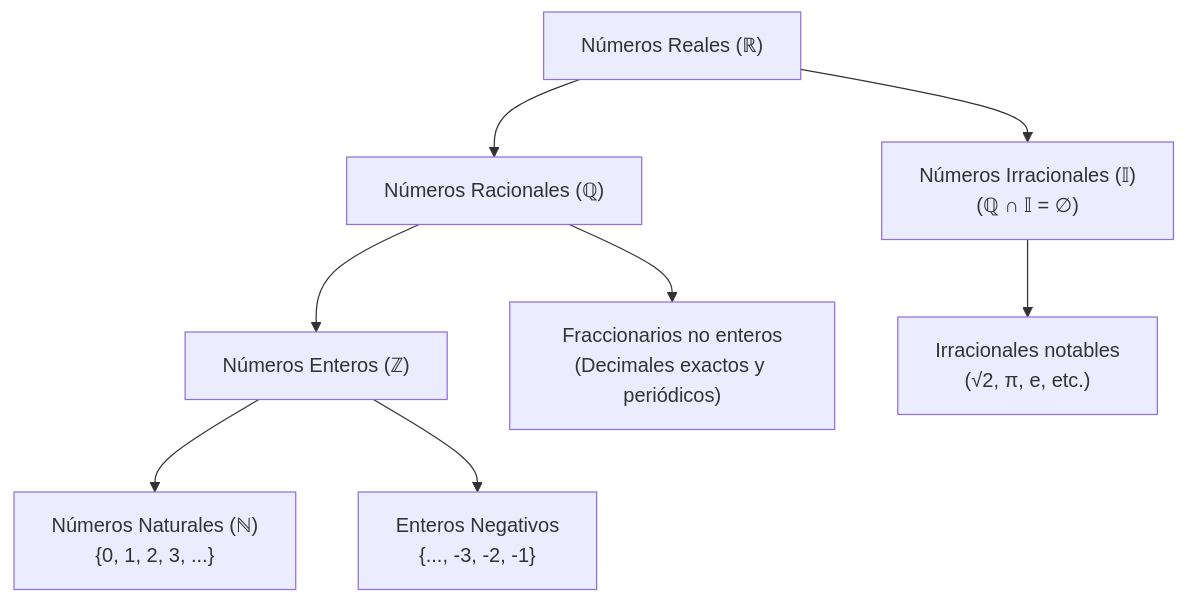
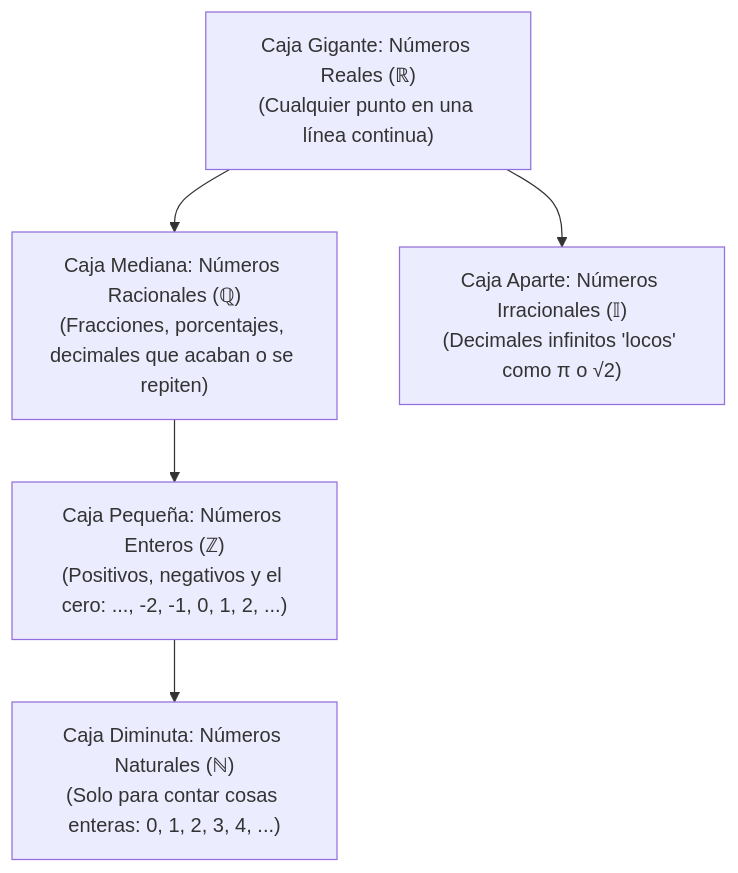
The diagram in Matemáticas para la Empresa I/Apuntes/Tema_00_Conjuntos_Numericos.md (iPiiix/ADE), drawn with Mermaid before and after one commit. The commit also changed other lines of this file, not shown here.

````diff
--- a/Matemáticas para la Empresa I/Apuntes/Tema_00_Conjuntos_Numericos.md
+++ b/Matemáticas para la Empresa I/Apuntes/Tema_00_Conjuntos_Numericos.md
@@ -20,10 +36,8 @@
 ```mermaid
 graph TD
-    R["Números Reales (ℝ)"] --> Q["Números Racionales (ℚ)"]
-    R --> I["Números Irracionales (𝕀)<br/>(ℚ ∩ 𝕀 = ∅)"]
-    Q --> Z["Números Enteros (ℤ)"]
-    Q --> Frac["Fraccionarios no enteros<br/>(Decimales exactos y periódicos)"]
-    Z --> N["Números Naturales (ℕ)<br/>{0, 1, 2, 3, ...}"]
-    Z --> Neg["Enteros Negativos<br/>{..., -3, -2, -1}"]
-    I --> IrrEx["Irracionales notables<br/>(√2, π, e, etc.)"]
+    R["Caja Gigante: Números Reales (ℝ)<br/>(Cualquier punto en una línea continua)"]
+    R --> Q["Caja Mediana: Números Racionales (ℚ)<br/>(Fracciones, porcentajes, decimales que acaban o se repiten)"]
+    R --> I["Caja Aparte: Números Irracionales (𝕀)<br/>(Decimales infinitos 'locos' como π o √2)"]
+    Q --> Z["Caja Pequeña: Números Enteros (ℤ)<br/>(Positivos, negativos y el cero: ..., -2, -1, 0, 1, 2, ...)"]
+    Z --> N["Caja Diminuta: Números Naturales (ℕ)<br/>(Solo para contar cosas enteras: 0, 1, 2, 3, 4, ...)"]
 ```
````
